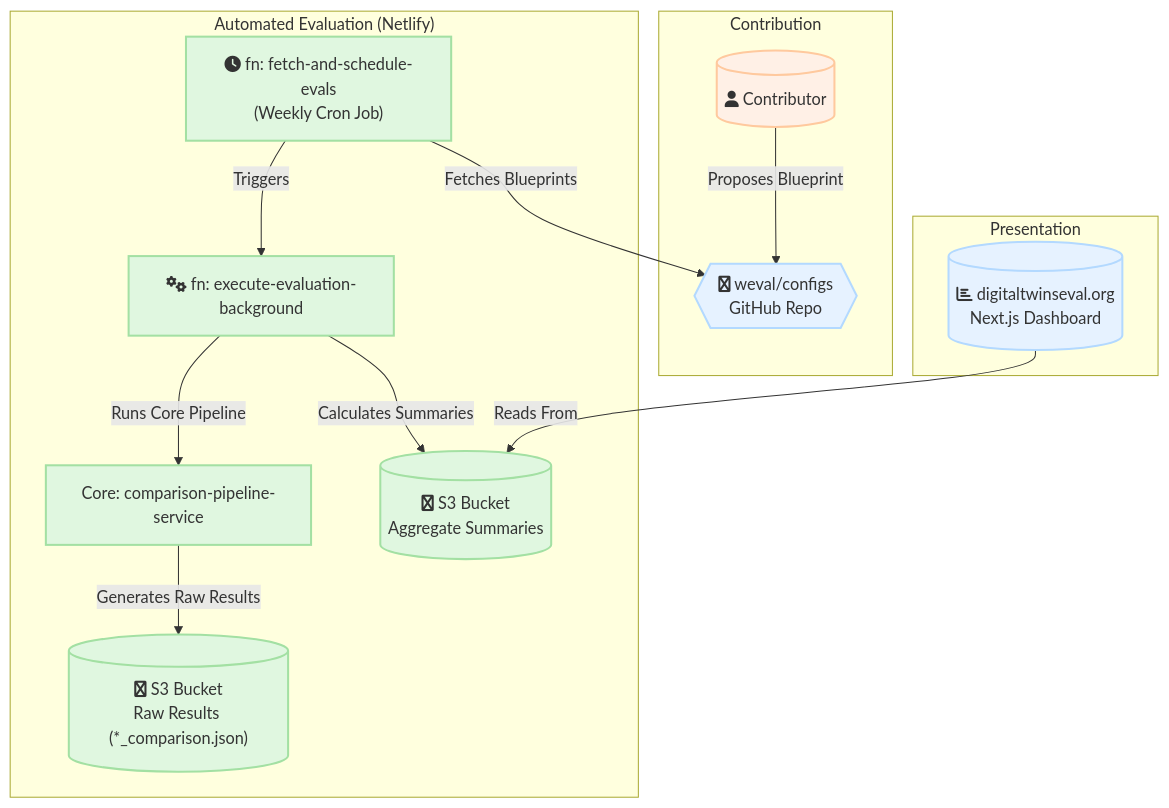
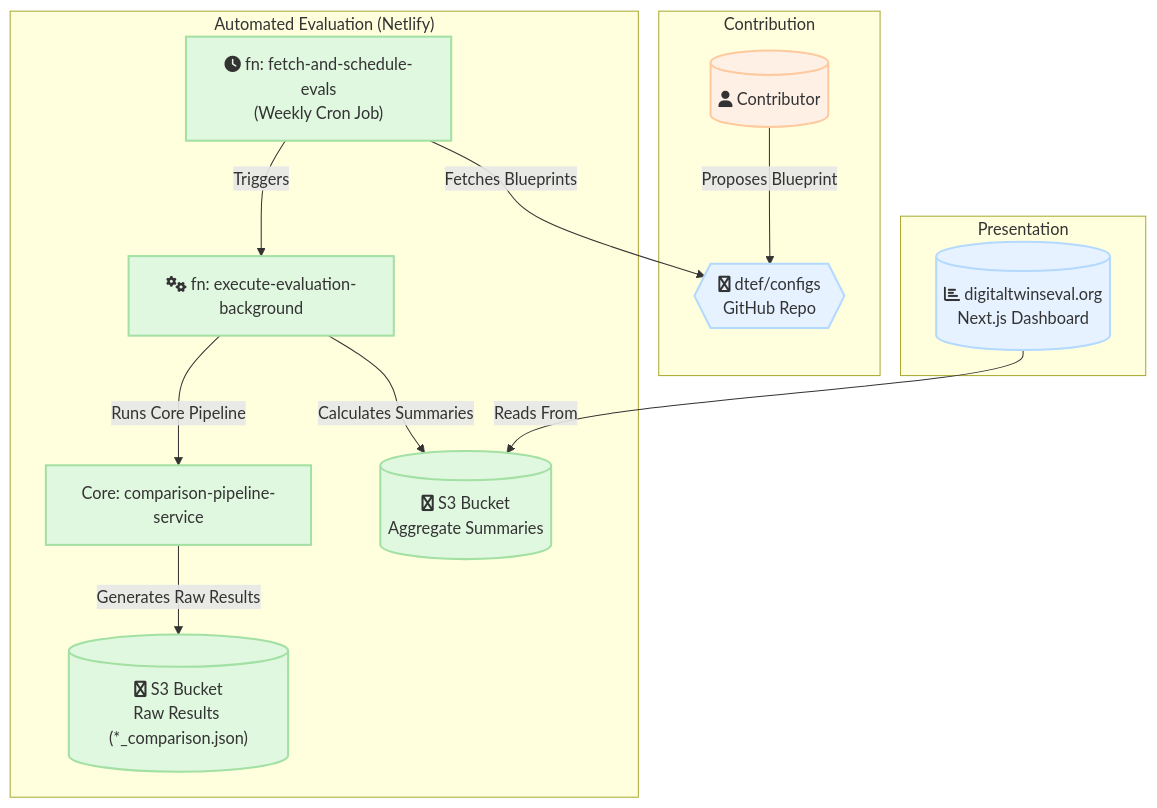
Before and after one commit to collect-intel/dtef-app: the first of 4 diagrams in docs/ARCHITECTURE.md, drawn with Mermaid. The commit also changed other lines of this file and 45 other files, not shown here.

Commit message:
update Weval to DTEF

````diff
--- a/docs/ARCHITECTURE.md
+++ b/docs/ARCHITECTURE.md
@@ -17,26 +19,26 @@
 ```mermaid
 graph TD
     subgraph "Contribution"
-        A[("fa:fa-user Contributor")] -- Proposes Blueprint --> B{{"fa:fa-github weval/configs<br>GitHub Repo"}}
+        A[("fa:fa-user Contributor")] -- Proposes Blueprint --> B{{"fa:fa-github dtef/configs<br>GitHub Repo"}}
     end
 
     subgraph "Automated Evaluation (Netlify)"
         C["fa:fa-clock fn: fetch-and-schedule-evals<br>(Weekly Cron Job)"] -- Fetches Blueprints --> B
         C -- Triggers --> D["fa:fa-cogs fn: execute-evaluation-background"]
         D -- Runs Core Pipeline --> E[Core: comparison-pipeline-service]
         E -- Generates Raw Results --> F[("fa:fa-aws S3 Bucket<br>Raw Results (*_comparison.json)")]
         D -- Calculates Summaries --> G[("fa:fa-aws S3 Bucket<br>Aggregate Summaries")]
     end
 
     subgraph "Presentation"
         H[("fa:fa-chart-bar digitaltwinseval.org<br>Next.js Dashboard")] -- Reads From --> G
     end
 
     classDef user fill:#fff0e6,stroke:#ffc99e,stroke-width:2px;
     classDef platform fill:#e6f2ff,stroke:#b3d9ff,stroke-width:2px;
     classDef process fill:#e0f7e0,stroke:#a3e0a3,stroke-width:2px;
     
     class A user;
     class B,H platform;
     class C,D,E,F,G process;
 ```
````
